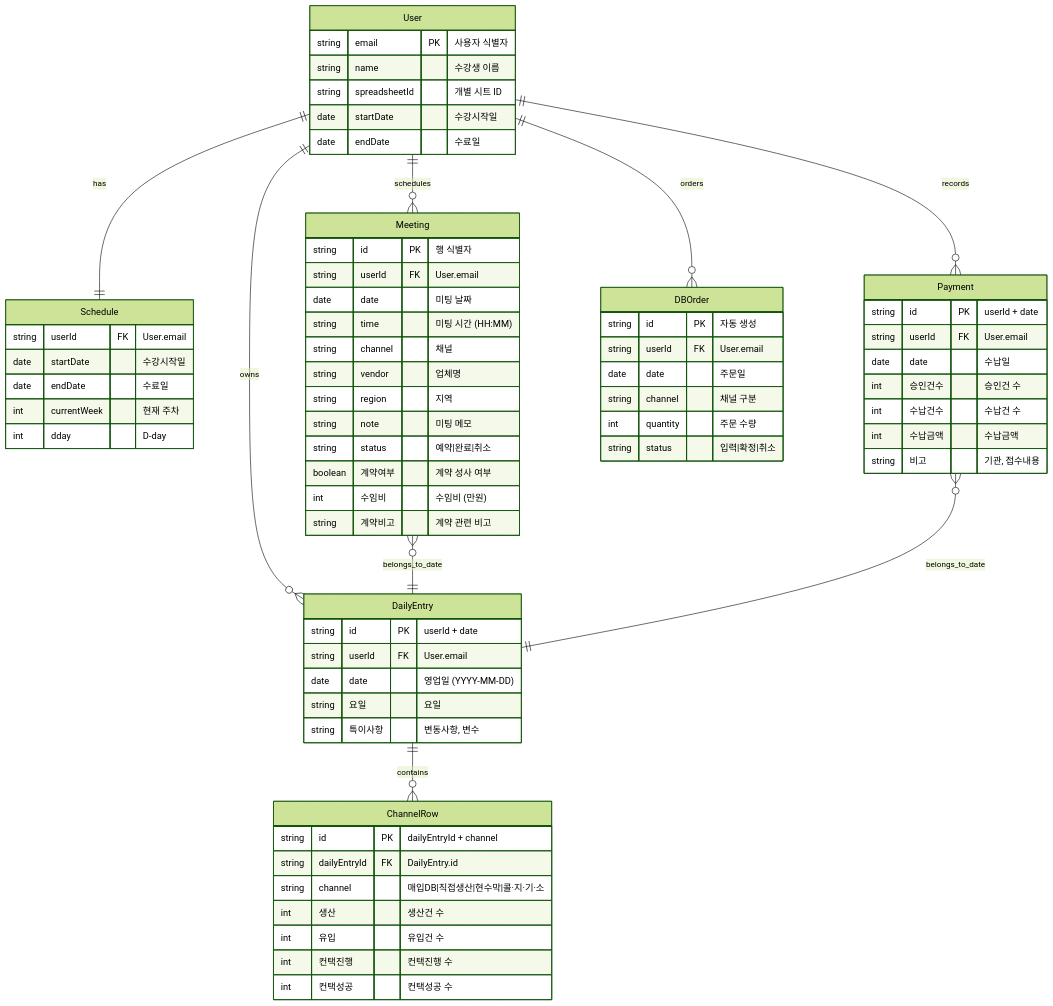
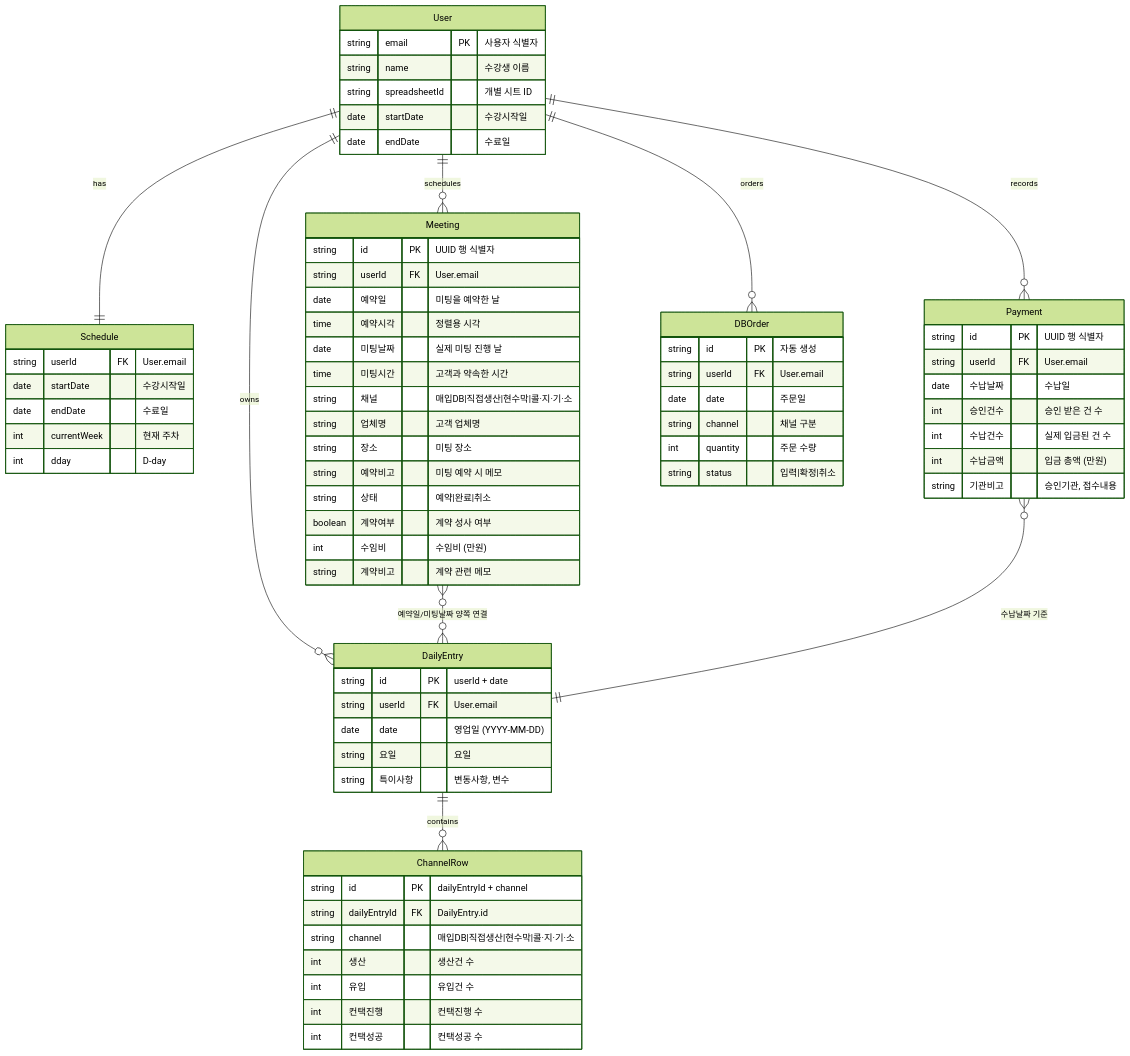
The diagram in docs/domains/er-diagram.md (bbelieff/salespt-log), drawn with Mermaid (forest theme) before and after one commit. The commit also changed other lines of this file and 8 other files, not shown here.

````diff
--- a/docs/domains/er-diagram.md
+++ b/docs/domains/er-diagram.md
@@ -14,80 +14,82 @@
 ```mermaid
 erDiagram
     User {
         string email PK "사용자 식별자"
         string name "수강생 이름"
         string spreadsheetId "개별 시트 ID"
         date startDate "수강시작일"
         date endDate "수료일"
     }
 
     Schedule {
         string userId FK "User.email"
         date startDate "수강시작일"
         date endDate "수료일"
         int currentWeek "현재 주차"
         int dday "D-day"
     }
 
     DailyEntry {
         string id PK "userId + date"
         string userId FK "User.email"
         date date "영업일 (YYYY-MM-DD)"
         string 요일 "요일"
         string 특이사항 "변동사항, 변수"
     }
 
     ChannelRow {
         string id PK "dailyEntryId + channel"
         string dailyEntryId FK "DailyEntry.id"
         string channel "매입DB|직접생산|현수막|콜·지·기·소"
         int 생산 "생산건 수"
         int 유입 "유입건 수"
         int 컨택진행 "컨택진행 수"
         int 컨택성공 "컨택성공 수"
     }
 
     Meeting {
-        string id PK "행 식별자"
+        string id PK "UUID 행 식별자"
         string userId FK "User.email"
-        date date "미팅 날짜"
-        string time "미팅 시간 (HH:MM)"
-        string channel "채널"
-        string vendor "업체명"
-        string region "지역"
-        string note "미팅 메모"
-        string status "예약|완료|취소"
+        date 예약일 "미팅을 예약한 날"
+        time 예약시각 "정렬용 시각"
+        date 미팅날짜 "실제 미팅 진행 날"
+        time 미팅시간 "고객과 약속한 시간"
+        string 채널 "매입DB|직접생산|현수막|콜·지·기·소"
+        string 업체명 "고객 업체명"
+        string 장소 "미팅 장소"
+        string 예약비고 "미팅 예약 시 메모"
+        string 상태 "예약|완료|취소"
         boolean 계약여부 "계약 성사 여부"
         int 수임비 "수임비 (만원)"
-        string 계약비고 "계약 관련 비고"
+        string 계약비고 "계약 관련 메모"
     }
 
     Payment {
-        string id PK "userId + date"
+        string id PK "UUID 행 식별자"
         string userId FK "User.email"
-        date date "수납일"
-        int 승인건수 "승인건 수"
-        int 수납건수 "수납건 수"
-        int 수납금액 "수납금액"
-        string 비고 "기관, 접수내용"
+        date 수납날짜 "수납일"
+        int 승인건수 "승인 받은 건 수"
+        int 수납건수 "실제 입금된 건 수"
+        int 수납금액 "입금 총액 (만원)"
+        string 기관비고 "승인기관, 접수내용"
     }
 
     DBOrder {
         string id PK "자동 생성"
         string userId FK "User.email"
         date date "주문일"
         string channel "채널 구분"
         int quantity "주문 수량"
         string status "입력|확정|취소"
     }
 
     User ||--|| Schedule : "has"
     User ||--o{ DailyEntry : "owns"
     User ||--o{ Meeting : "schedules"
     User ||--o{ Payment : "records"
     User ||--o{ DBOrder : "orders"
     
     DailyEntry ||--o{ ChannelRow : "contains"
-    Meeting }o--|| DailyEntry : "belongs_to_date"
-    Payment }o--|| DailyEntry : "belongs_to_date"
+    Meeting }o--o{ DailyEntry : "예약일/미팅날짜 양쪽 연결"
+    Payment }o--|| DailyEntry : "수납날짜 기준"
 ```
````
